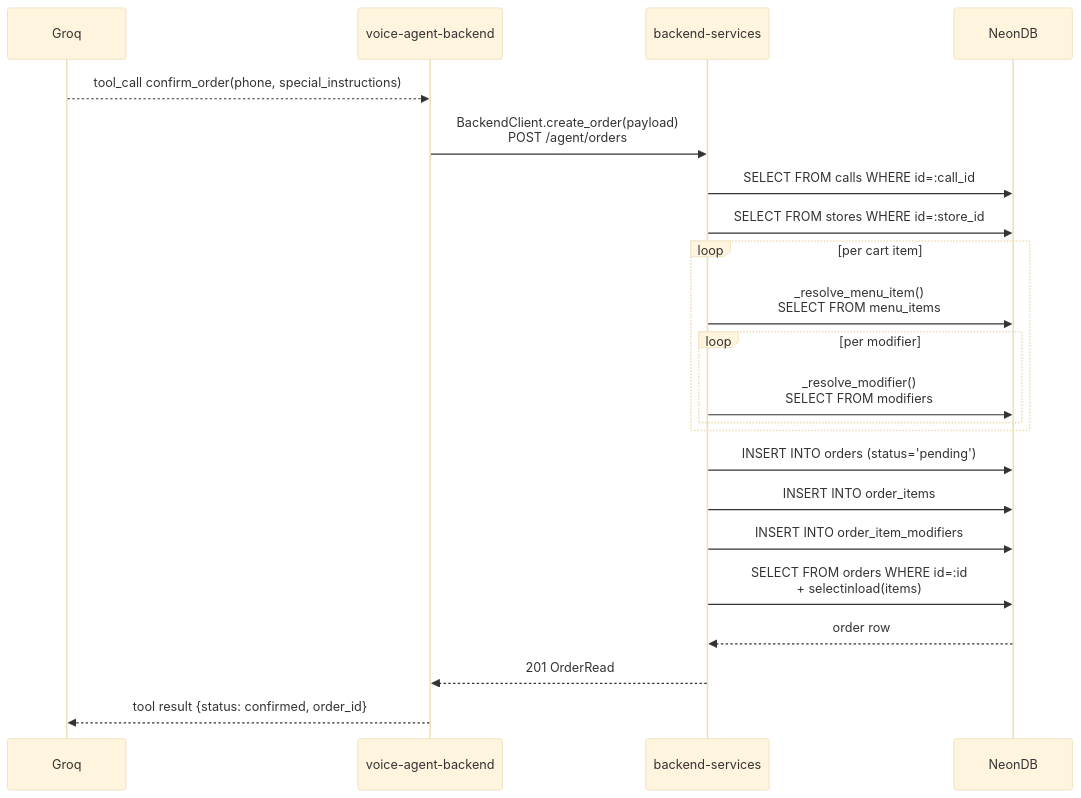
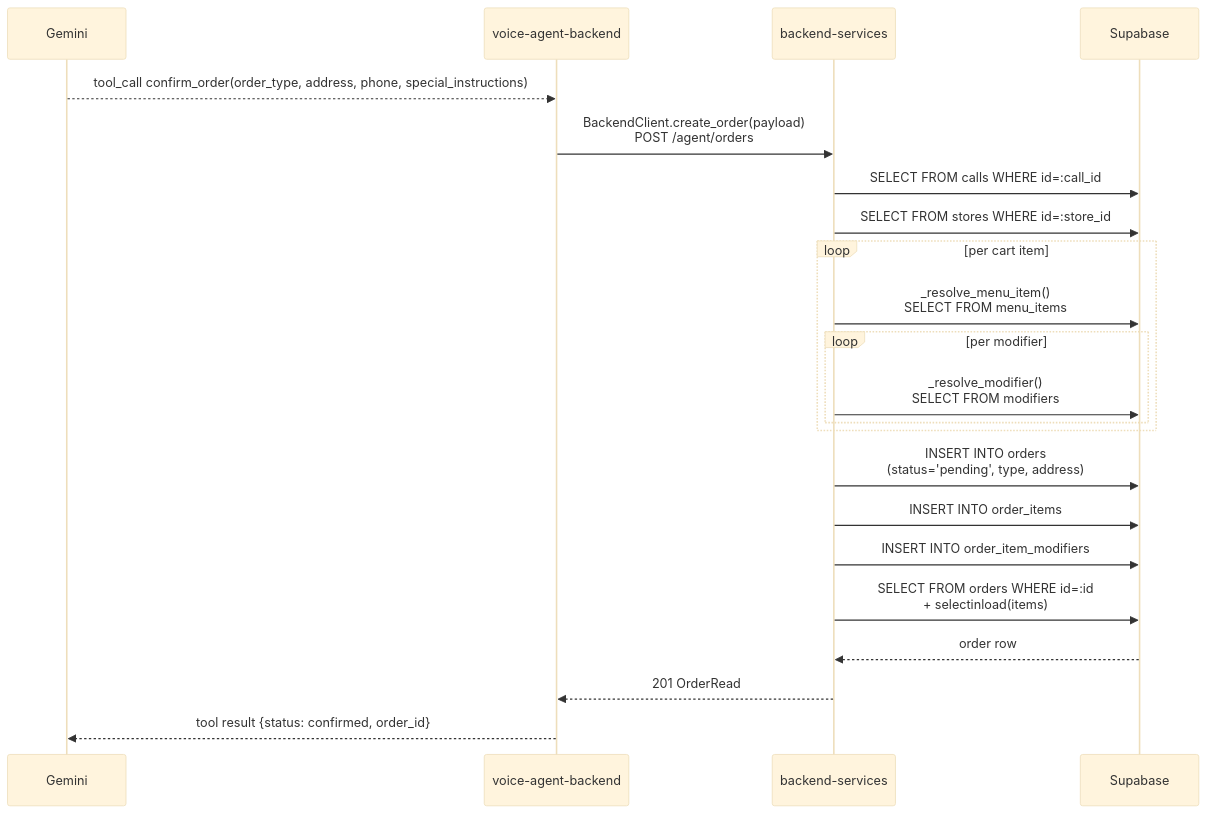
The seventh of 10 diagrams in docs/system-specification/sequence.md (voco-dine/org-wiki), drawn with Mermaid (base theme) before and after one commit. The commit also changed other lines of this file and 14 other files, not shown here.

````diff
--- a/docs/system-specification/sequence.md
+++ b/docs/system-specification/sequence.md
@@ -166,25 +164,25 @@
 ```mermaid
 sequenceDiagram
-    participant GR as Groq
+    participant GR as Gemini
     participant VA as voice-agent-backend
     participant BS as backend-services
-    participant DB as NeonDB
+    participant DB as Supabase
 
-    GR-->>VA: tool_call confirm_order(phone, special_instructions)
+    GR-->>VA: tool_call confirm_order(order_type, address, phone, special_instructions)
     VA->>BS: BackendClient.create_order(payload)<br/>POST /agent/orders
     BS->>DB: SELECT FROM calls WHERE id=:call_id
     BS->>DB: SELECT FROM stores WHERE id=:store_id
     loop per cart item
         BS->>DB: _resolve_menu_item()<br/>SELECT FROM menu_items
         loop per modifier
             BS->>DB: _resolve_modifier()<br/>SELECT FROM modifiers
         end
     end
-    BS->>DB: INSERT INTO orders (status='pending')
+    BS->>DB: INSERT INTO orders<br/>(status='pending', type, address)
     BS->>DB: INSERT INTO order_items
     BS->>DB: INSERT INTO order_item_modifiers
     BS->>DB: SELECT FROM orders WHERE id=:id<br/>+ selectinload(items)
     DB-->>BS: order row
     BS-->>VA: 201 OrderRead
     VA-->>GR: tool result {status: confirmed, order_id}
 ```
````
